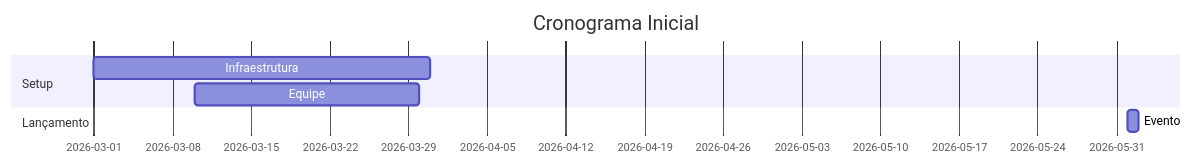
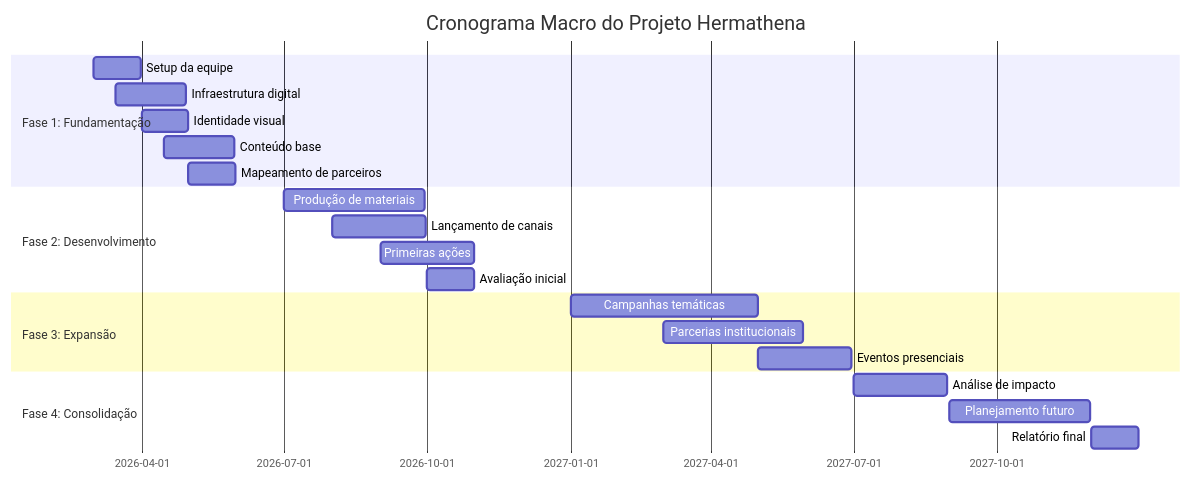
The diagram in book/05_operacao/cronograma.md (barosil/Hermathena), drawn with Mermaid before and after one commit. The commit also changed 12 other files, not shown here.

````diff
--- a/book/05_operacao/cronograma.md
+++ b/book/05_operacao/cronograma.md
@@ -4,12 +4,28 @@
 ```mermaid
 gantt
-title Cronograma Inicial
+title Cronograma Macro do Projeto Hermathena
 dateFormat YYYY-MM-DD
 
-section Setup
-Infraestrutura :2026-03-01, 30d
-Equipe :2026-03-10, 20d
+section Fase 1: Fundamentação
+Setup da equipe :2026-03-01, 30d
+Infraestrutura digital :2026-03-15, 45d
+Identidade visual :2026-04-01, 30d
+Conteúdo base :2026-04-15, 45d
+Mapeamento de parceiros :2026-05-01, 30d
 
-section Lançamento
-Evento :2026-06-01, 1d
+section Fase 2: Desenvolvimento
+Produção de materiais :2026-07-01, 90d
+Lançamento de canais :2026-08-01, 60d
+Primeiras ações :2026-09-01, 60d
+Avaliação inicial :2026-10-01, 30d
+
+section Fase 3: Expansão
+Campanhas temáticas :2027-01-01, 120d
+Parcerias institucionais :2027-03-01, 90d
+Eventos presenciais :2027-05-01, 60d
+
+section Fase 4: Consolidação
+Análise de impacto :2027-07-01, 60d
+Planejamento futuro :2027-09-01, 90d
+Relatório final :2027-12-01, 30d
 ```
````
